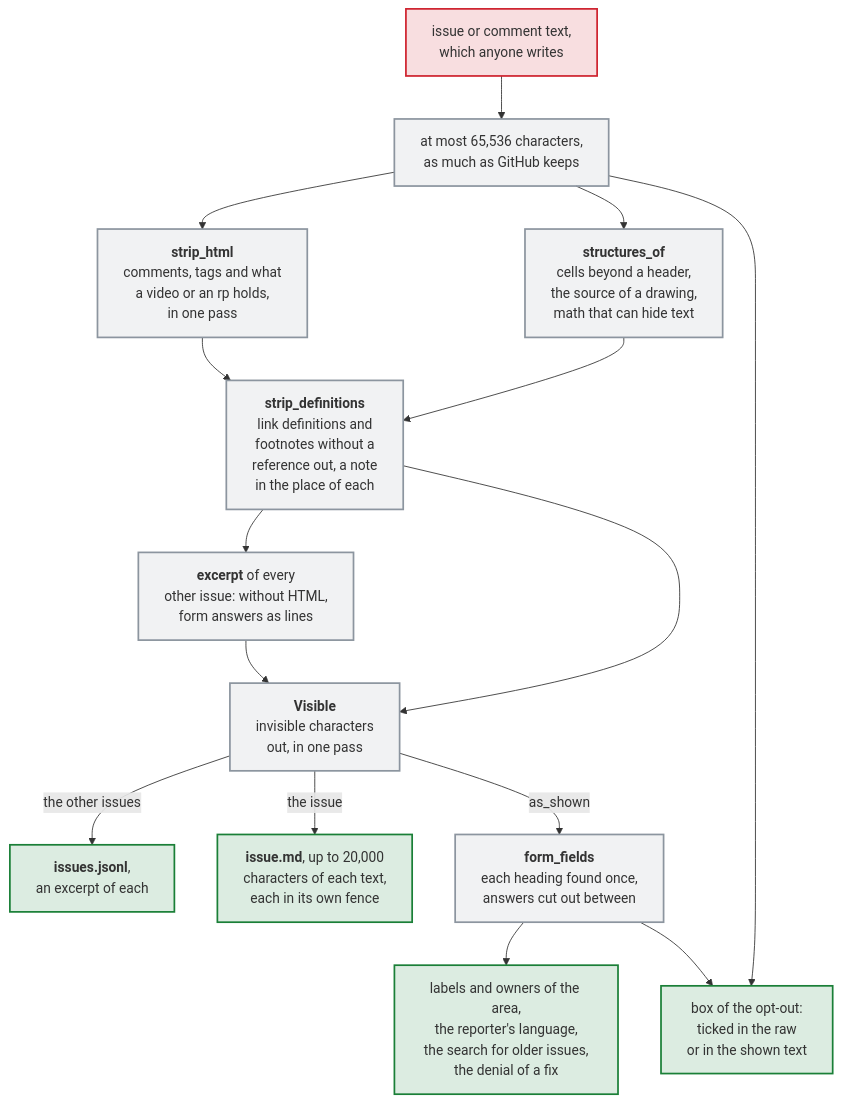
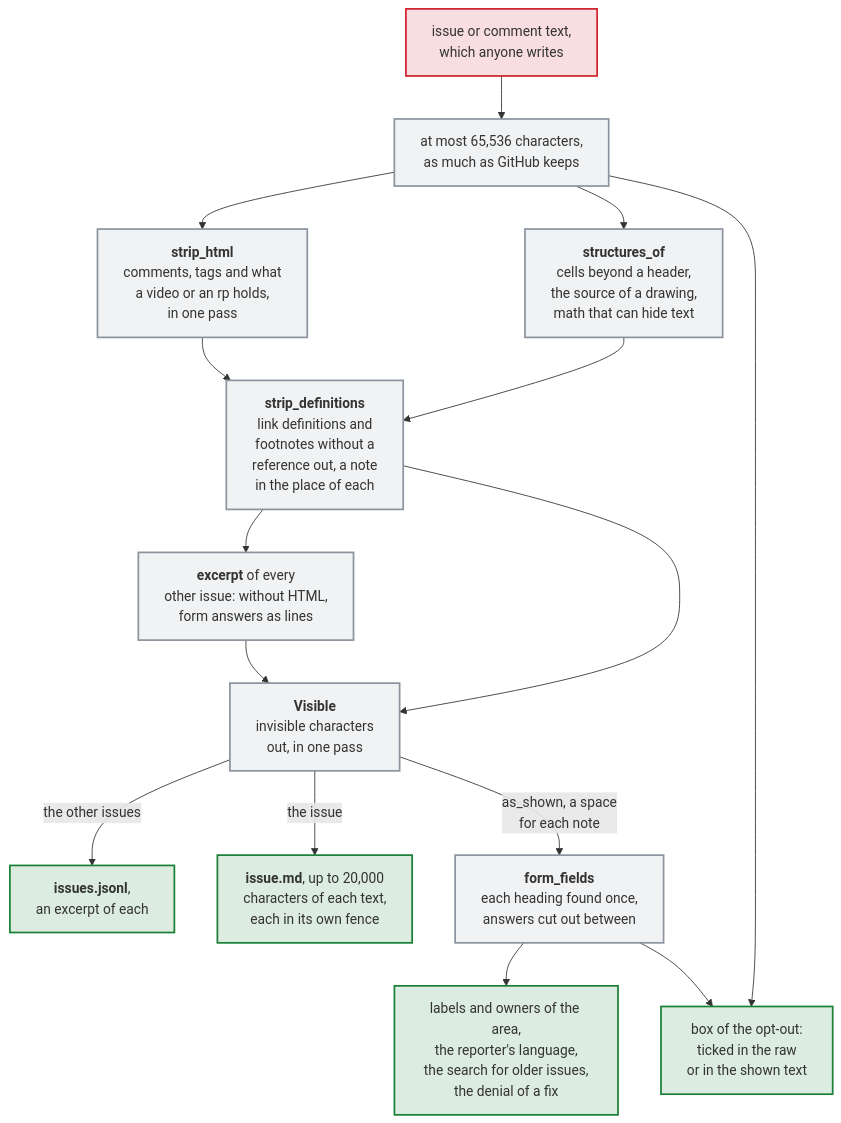
Before and after one commit to Dennis-Otto/issue-assistant: the diagram in docs/diagrams/how-the-assistant-reads-the-text-of-an-issue.mmd, drawn with Mermaid. The commit also changed 9 other files, not shown here.

First line of the commit message:
fix(context): the notes of removed parts no longer choose the language of the comments (#508)

```diff
--- a/docs/diagrams/how-the-assistant-reads-the-text-of-an-issue.mmd
+++ b/docs/diagrams/how-the-assistant-reads-the-text-of-an-issue.mmd
@@ -1,23 +1,23 @@
 flowchart TB
   accTitle: How the assistant reads the text of an issue
-  accDescr: The text of an issue or a comment, which anyone can write, is read up to GitHub's 65,536 characters. The HTML goes first, comments and tags in one pass, with what a video or the brackets of ruby hold, which no browser shows, and with the footnotes where GitHub hides the rest of the text; beside it, from the same text, the cells beyond the header of a table, the source of a diagram, a map or a 3D model and math that can hide text, each with a note in its place; what either takes out goes. Then the link reference definitions and the footnotes without a reference, which GitHub shows as nothing as well, each with a note in its place, for issue.md and for an excerpt of each other issue, whose form answers then become lines. Then the characters that GitHub shows as nothing go, in one pass, after the HTML, so that none can end an HTML comment that GitHub never ends. The excerpts go into issues.jsonl, and issue.md holds up to 20,000 characters of each text in a code fence that the text can't close. What the assistant decides from the reporter's words, the labels and owners of the area, the reporter's language, the search for older issues and the denial of a fix, it decides from this same shown text, whose form answers are cut out between their headings, which are found once. Only the box of the opt-out reads the raw text as well: it counts as ticked when it is ticked in the raw or in the shown text.
+  accDescr: The text of an issue or a comment, which anyone can write, is read up to GitHub's 65,536 characters. The HTML goes first, comments and tags in one pass, with what a video or the brackets of ruby hold, which no browser shows, and with the footnotes where GitHub hides the rest of the text; beside it, from the same text, the cells beyond the header of a table, the source of a diagram, a map or a 3D model and math that can hide text, each with a note in its place; what either takes out goes. Then the link reference definitions and the footnotes without a reference, which GitHub shows as nothing as well, each with a note in its place, for issue.md and for an excerpt of each other issue, whose form answers then become lines. Then the characters that GitHub shows as nothing go, in one pass, after the HTML, so that none can end an HTML comment that GitHub never ends. The excerpts go into issues.jsonl, and issue.md holds up to 20,000 characters of each text in a code fence that the text can't close. What the assistant decides from the reporter's words, the labels and owners of the area, the reporter's language, the search for older issues and the denial of a fix, it decides from this same shown text, with a space in the place of each note, whose form answers are cut out between their headings, which are found once. Only the box of the opt-out reads the raw text as well: it counts as ticked when it is ticked in the raw or in the shown text.
   text["issue or comment text,<br>which anyone writes"] --> cap["at most 65,536 characters,<br>as much as GitHub keeps"]
   cap --> html["`**strip_html**<br>comments, tags and what<br>a video or an rp holds,<br>in one pass`"]
   cap --> structures["`**structures_of**<br>cells beyond a header,<br>the source of a drawing,<br>math that can hide text`"]
   structures --> definitions
   html --> definitions["`**strip_definitions**<br>link definitions and<br>footnotes without a<br>reference out, a note<br>in the place of each`"]
   definitions --> excerpt["`**excerpt** of every<br>other issue: without HTML,<br>form answers as lines`"]
   definitions --> visible["`**Visible**<br>invisible characters<br>out, in one pass`"]
   excerpt --> visible
   visible -- "the other issues" --> jsonl["`**issues.jsonl**,<br>an excerpt of each`"]
   visible -- "the issue" --> issue["`**issue.md**, up to 20,000<br>characters of each text,<br>each in its own fence`"]
-  visible -- "as_shown" --> forms["`**form_fields**<br>each heading found once,<br>answers cut out between`"]
+  visible -- "as_shown, a space<br>for each note" --> forms["`**form_fields**<br>each heading found once,<br>answers cut out between`"]
   forms --> event["labels and owners of the area,<br>the reporter's language,<br>the search for older issues,<br>the denial of a fix"]
   cap --> box["box of the opt-out:<br>ticked in the raw<br>or in the shown text"]
   forms --> box
   classDef untrusted fill:#cf222e26,stroke:#cf222e,stroke-width:2px
   classDef job fill:#8c959f1f,stroke:#8c959f,stroke-width:2px
   classDef safe fill:#1a7f3726,stroke:#1a7f37,stroke-width:2px
   class text untrusted
   class cap,forms,excerpt,html,structures,definitions,visible job
   class event,box,jsonl,issue safe
```
